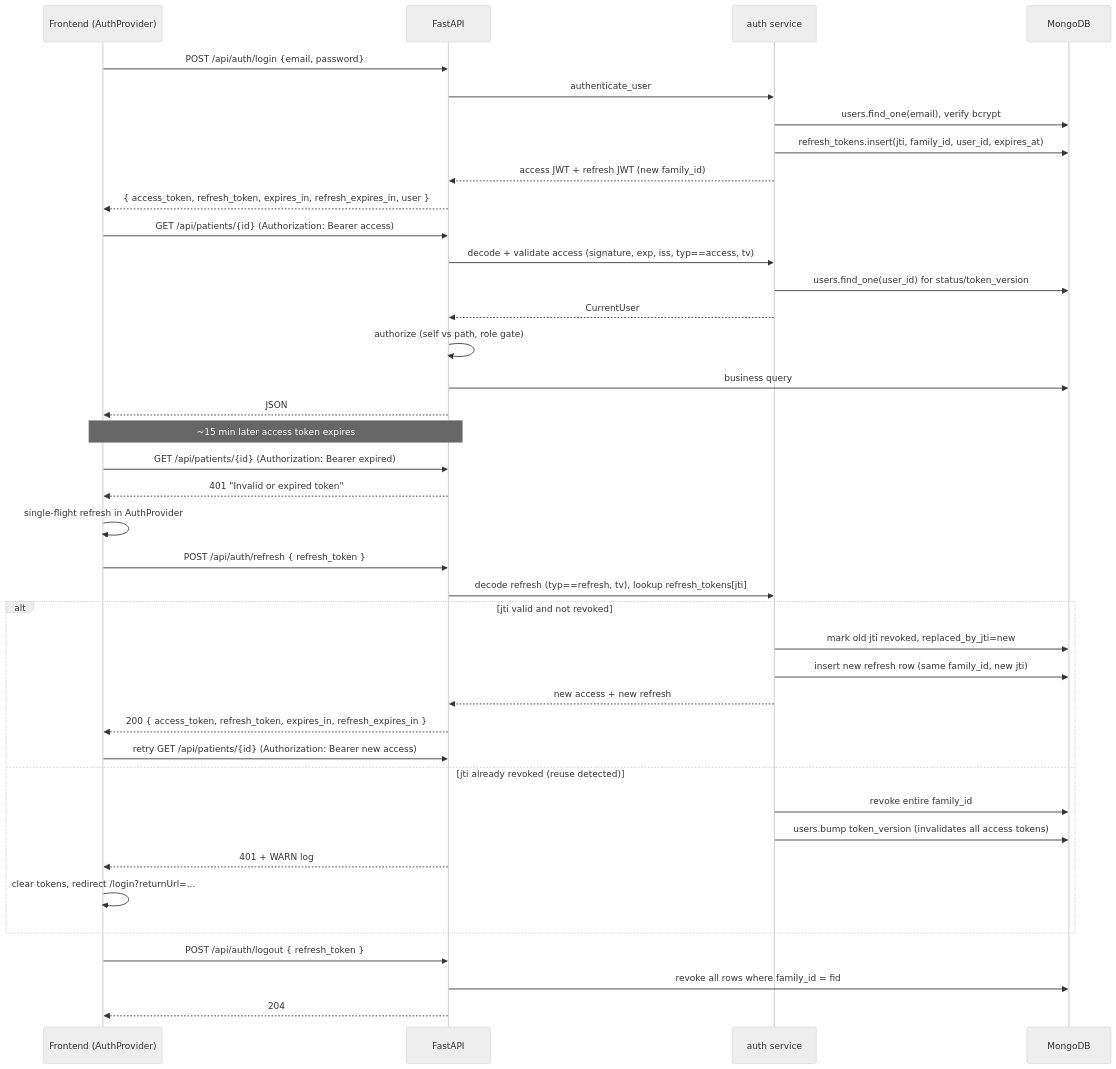
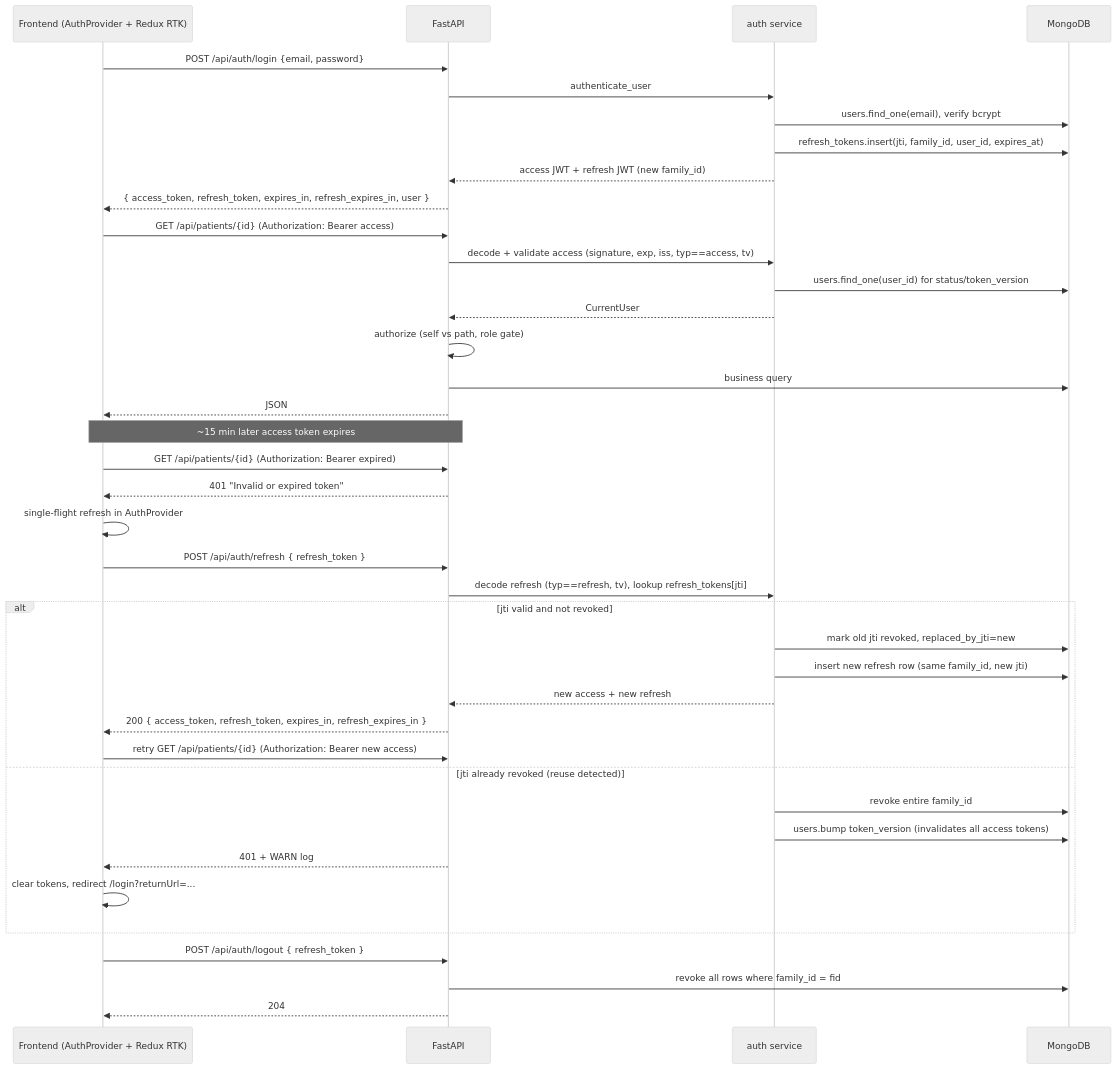
The diagram in docs/plans/PLAN_PHASE_D_AUTHENTICATION.md (nafey7/prescribe), drawn with Mermaid (neutral theme) before and after one commit. The commit also changed other lines of this file and 109 other files, not shown here.

````diff
--- a/docs/plans/PLAN_PHASE_D_AUTHENTICATION.md
+++ b/docs/plans/PLAN_PHASE_D_AUTHENTICATION.md
@@ -94,45 +98,45 @@
 ```mermaid
 sequenceDiagram
-  participant FE as Frontend (AuthProvider)
+  participant FE as Frontend (AuthProvider + Redux RTK)
   participant API as FastAPI
   participant Auth as auth service
   participant DB as MongoDB
 
   FE->>API: POST /api/auth/login {email, password}
   API->>Auth: authenticate_user
   Auth->>DB: users.find_one(email), verify bcrypt
   Auth->>DB: refresh_tokens.insert(jti, family_id, user_id, expires_at)
   Auth-->>API: access JWT + refresh JWT (new family_id)
   API-->>FE: { access_token, refresh_token, expires_in, refresh_expires_in, user }
 
   FE->>API: GET /api/patients/{id} (Authorization: Bearer access)
   API->>Auth: decode + validate access (signature, exp, iss, typ==access, tv)
   Auth->>DB: users.find_one(user_id) for status/token_version
   Auth-->>API: CurrentUser
   API->>API: authorize (self vs path, role gate)
   API->>DB: business query
   API-->>FE: JSON
 
   Note over FE,API: ~15 min later access token expires
   FE->>API: GET /api/patients/{id} (Authorization: Bearer expired)
   API-->>FE: 401 "Invalid or expired token"
   FE->>FE: single-flight refresh in AuthProvider
   FE->>API: POST /api/auth/refresh { refresh_token }
   API->>Auth: decode refresh (typ==refresh, tv), lookup refresh_tokens[jti]
   alt jti valid and not revoked
     Auth->>DB: mark old jti revoked, replaced_by_jti=new
     Auth->>DB: insert new refresh row (same family_id, new jti)
     Auth-->>API: new access + new refresh
     API-->>FE: 200 { access_token, refresh_token, expires_in, refresh_expires_in }
     FE->>API: retry GET /api/patients/{id} (Authorization: Bearer new access)
   else jti already revoked (reuse detected)
     Auth->>DB: revoke entire family_id
     Auth->>DB: users.bump token_version (invalidates all access tokens)
     API-->>FE: 401 + WARN log
     FE->>FE: clear tokens, redirect /login?returnUrl=...
   end
 
   FE->>API: POST /api/auth/logout { refresh_token }
   API->>DB: revoke all rows where family_id = fid
   API-->>FE: 204
 ```
````
